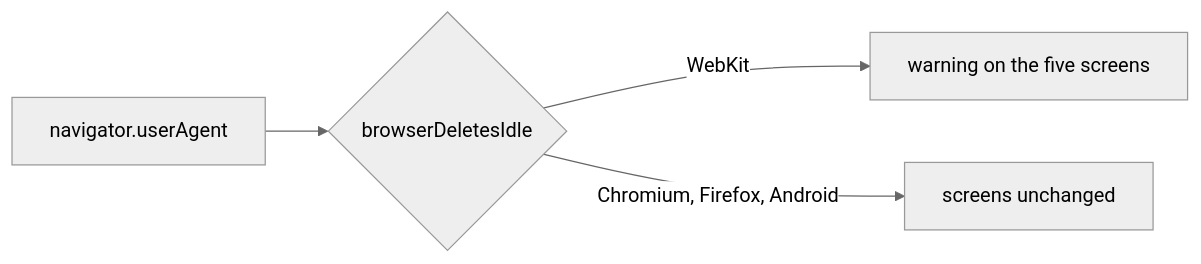
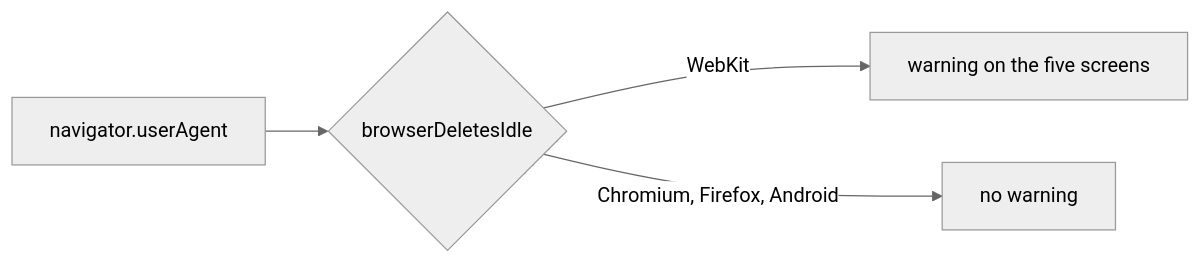
Before and after one commit to simplex-chat/simplex-chat: the diagram in plans/2026-11-17-badges-browser-deletes-codes.md, drawn with Mermaid (neutral theme). The commit also changed other lines of this file, not shown here.

Commit message:
plans: state the badges warning texts and sources in passive form

````diff
--- a/plans/2026-11-17-badges-browser-deletes-codes.md
+++ b/plans/2026-11-17-badges-browser-deletes-codes.md
@@ -41,6 +39,6 @@
 ```mermaid
 flowchart LR
   ua[navigator.userAgent] --> d{browserDeletesIdle}
   d -->|WebKit| w[warning on the five screens]
-  d -->|Chromium, Firefox, Android| n[screens unchanged]
+  d -->|Chromium, Firefox, Android| n[no warning]
 ```
````
